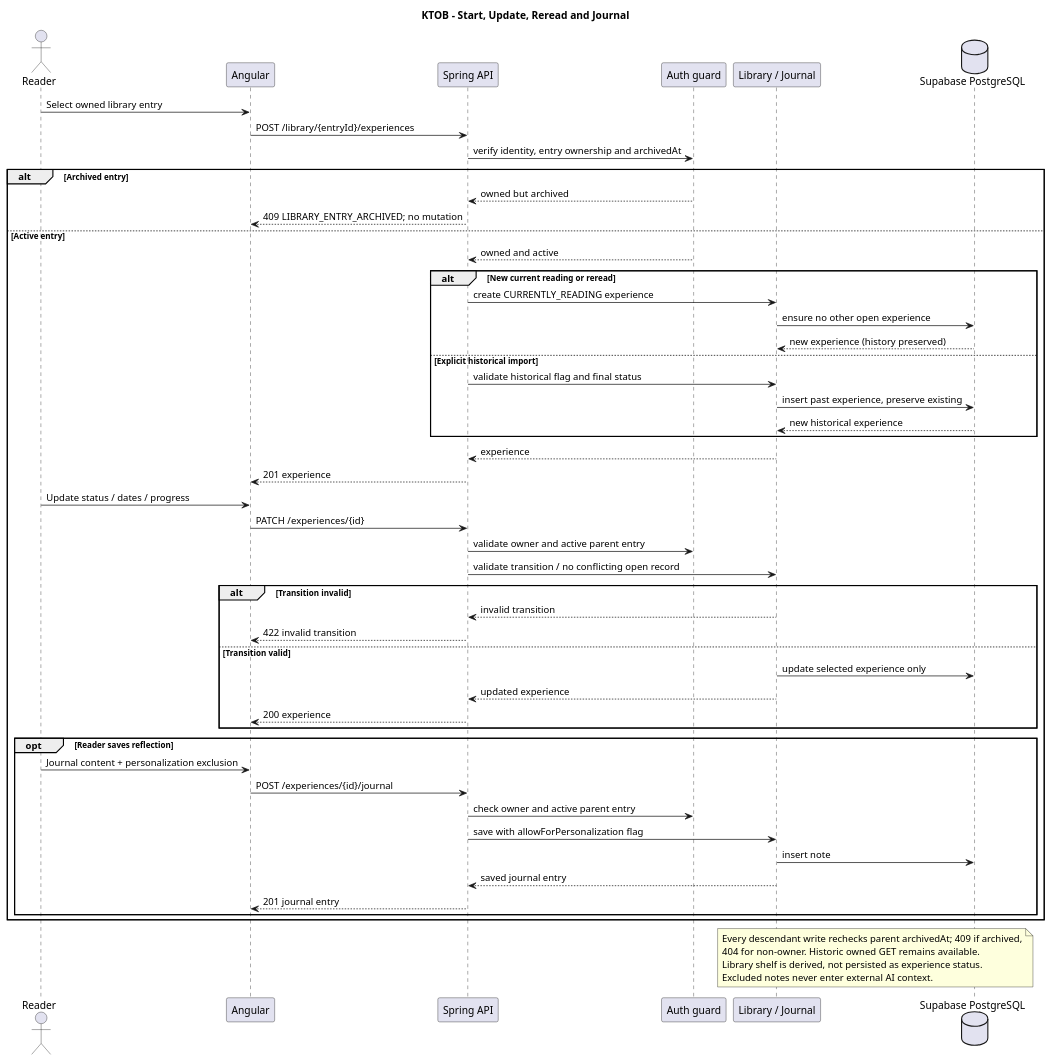
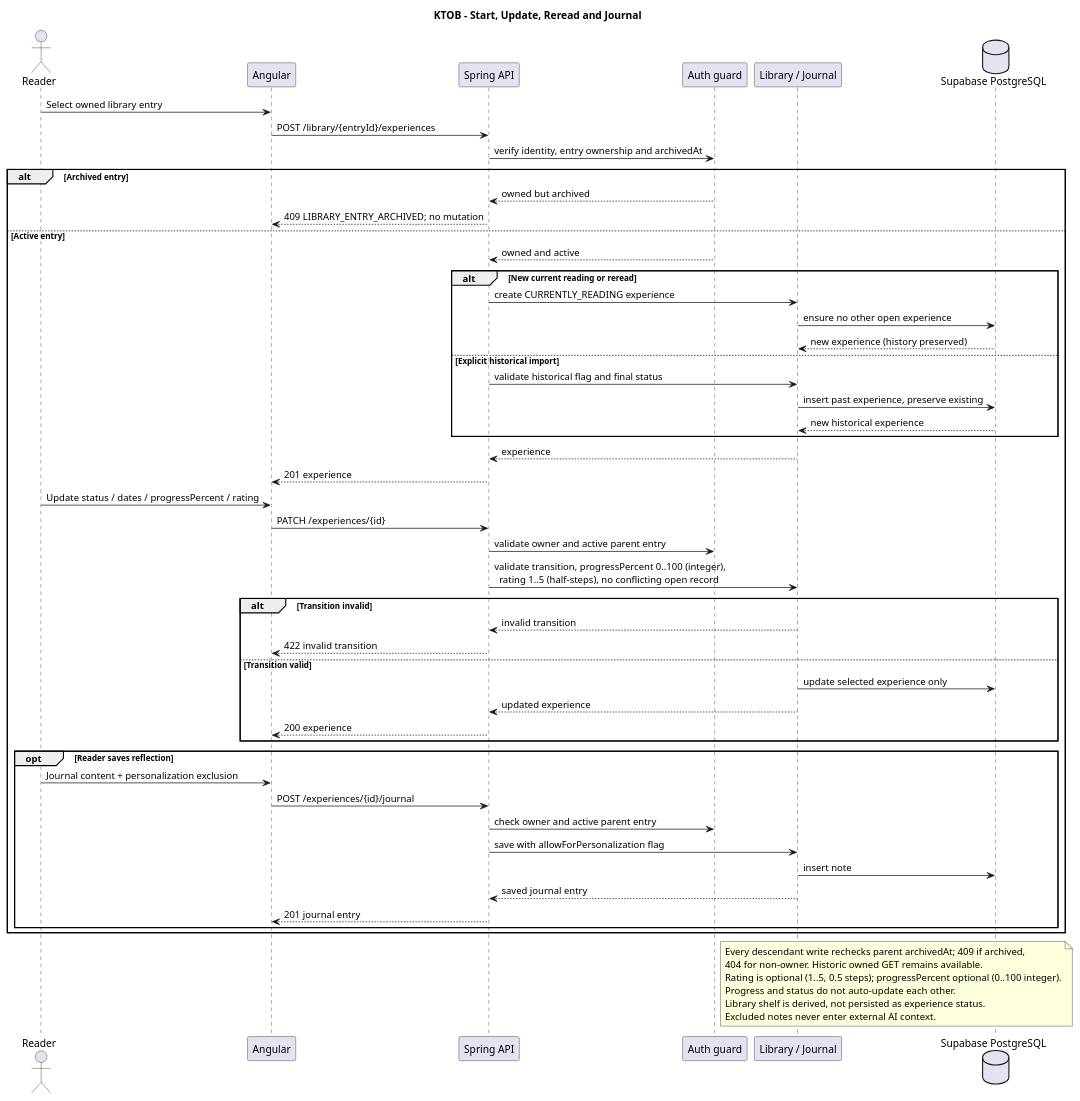
One commit to Adam-BArbia/ktob-literary-companion changed the diagram in docs/uml/08-sequence-reading-journal.puml. Above: the diagram before and after it, drawn with PlantUML. The commit also changed 18 other files, not shown here.

Commit message:
docs(architecture): apply approved R1 ratings progress profile and spoiler defaults

```diff
--- a/docs/uml/08-sequence-reading-journal.puml
+++ b/docs/uml/08-sequence-reading-journal.puml
@@ -1,56 +1,58 @@
 @startuml KTOB_08_sequence_reading_journal
 title KTOB - Start, Update, Reread and Journal
 actor Reader
 participant "Angular" as UI
 participant "Spring API" as API
 participant "Auth guard" as Guard
 participant "Library / Journal" as Library
 database "Supabase PostgreSQL" as DB
 Reader -> UI : Select owned library entry
 UI -> API : POST /library/{entryId}/experiences
 API -> Guard : verify identity, entry ownership and archivedAt
 alt Archived entry
  Guard --> API : owned but archived
  API --> UI : 409 LIBRARY_ENTRY_ARCHIVED; no mutation
 else Active entry
  Guard --> API : owned and active
  alt New current reading or reread
  API -> Library : create CURRENTLY_READING experience
  Library -> DB : ensure no other open experience
  DB --> Library : new experience (history preserved)
 else Explicit historical import
  API -> Library : validate historical flag and final status
  Library -> DB : insert past experience, preserve existing
  DB --> Library : new historical experience
  end
 Library --> API : experience
 API --> UI : 201 experience
-Reader -> UI : Update status / dates / progress
+Reader -> UI : Update status / dates / progressPercent / rating
 UI -> API : PATCH /experiences/{id}
 API -> Guard : validate owner and active parent entry
-API -> Library : validate transition / no conflicting open record
+API -> Library : validate transition, progressPercent 0..100 (integer),\n  rating 1..5 (half-steps), no conflicting open record
 alt Transition invalid
  Library --> API : invalid transition
 API --> UI : 422 invalid transition
 else Transition valid
  Library -> DB : update selected experience only
  Library --> API : updated experience
 API --> UI : 200 experience
 end
 opt Reader saves reflection
  Reader -> UI : Journal content + personalization exclusion
  UI -> API : POST /experiences/{id}/journal
  API -> Guard : check owner and active parent entry
  API -> Library : save with allowForPersonalization flag
  Library -> DB : insert note
  Library --> API : saved journal entry
 API --> UI : 201 journal entry
 end
 end
 note over Library,DB
 Every descendant write rechecks parent archivedAt; 409 if archived,
 404 for non-owner. Historic owned GET remains available.
+Rating is optional (1..5, 0.5 steps); progressPercent optional (0..100 integer).
+Progress and status do not auto-update each other.
 Library shelf is derived, not persisted as experience status.
 Excluded notes never enter external AI context.
 end note
 @enduml
```
